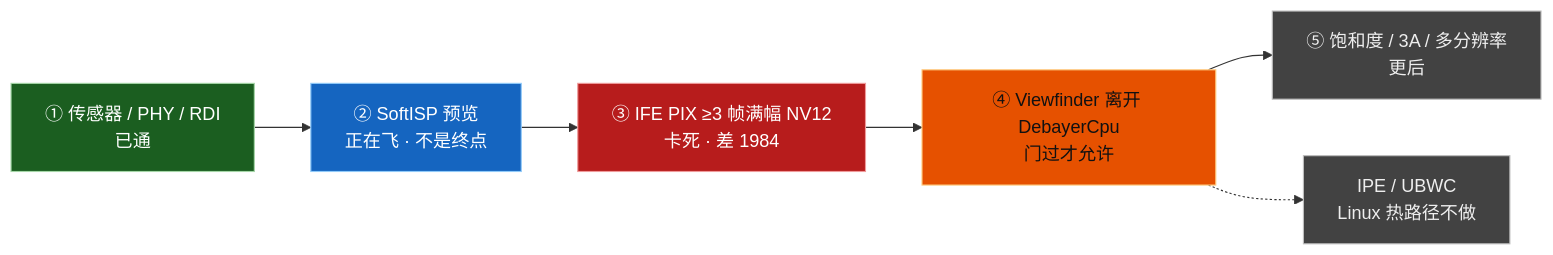
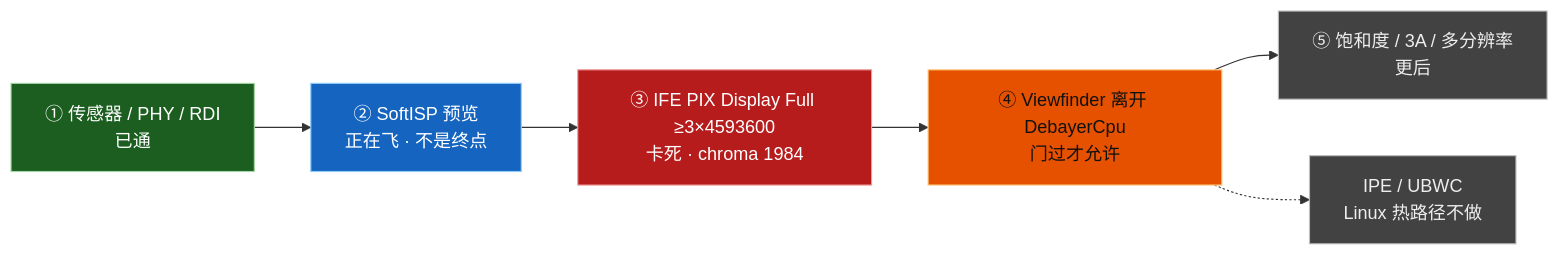
One commit to Huabin1010/dagu-mainline-linux changed the first of 2 diagrams in linux-mainline/docs/dagu-front-camera-pipeline-status.md. Above: the diagram before and after it, drawn with Mermaid. The commit also changed other lines of this file and 210 other files, not shown here.

````diff
--- a/linux-mainline/docs/dagu-front-camera-pipeline-status.md
+++ b/linux-mainline/docs/dagu-front-camera-pipeline-status.md
@@ -16,23 +16,23 @@
 ```mermaid
 flowchart LR
   A["① 传感器 / PHY / RDI<br/>已通"]
   B["② SoftISP 预览<br/>正在飞 · 不是终点"]
-  C["③ IFE PIX ≥3 帧满幅 NV12<br/>卡死 · 差 1984"]
+  C["③ IFE PIX Display Full ≥3×4593600<br/>卡死 · chroma 1984"]
   D["④ Viewfinder 离开 DebayerCpu<br/>门过才允许"]
   E["⑤ 饱和度 / 3A / 多分辨率<br/>更后"]
   F["IPE / UBWC<br/>Linux 热路径不做"]
   A --> B --> C --> D --> E
   D -.-> F
 
   class A ok
   class B fly
   class C stuck
   class D gap
   class E,F later
 
   classDef ok fill:#1b5e20,stroke:#a5d6a7,color:#fff
   classDef fly fill:#1565c0,stroke:#90caf9,color:#fff
   classDef stuck fill:#b71c1c,stroke:#ef9a9a,color:#fff
   classDef gap fill:#e65100,stroke:#ffcc80,color:#111
   classDef later fill:#424242,stroke:#bdbdbd,color:#eee
 ```
````
